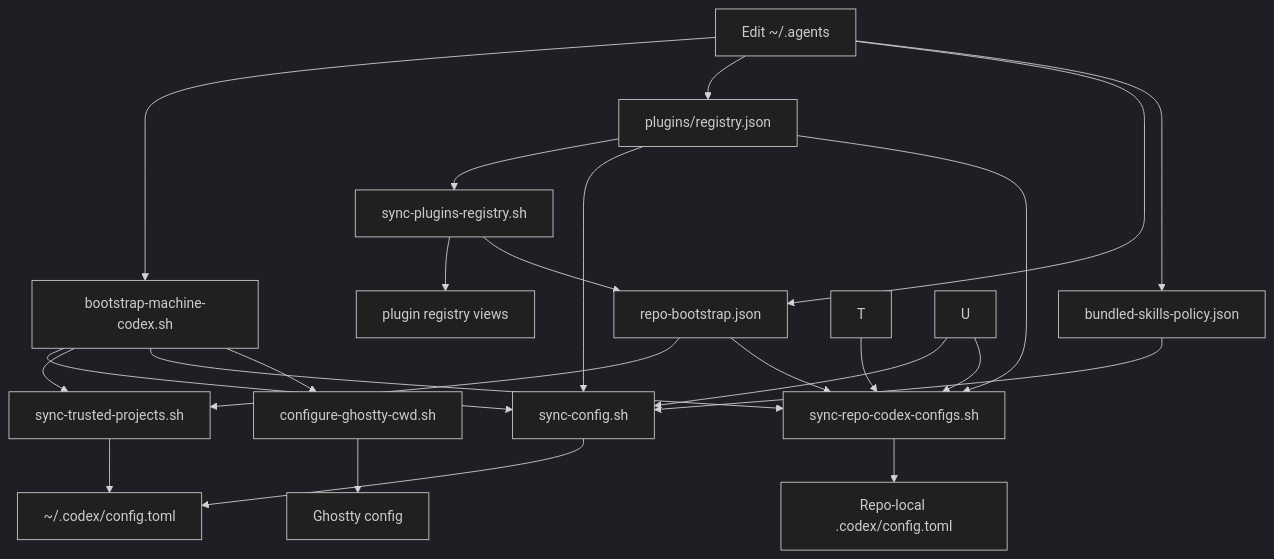
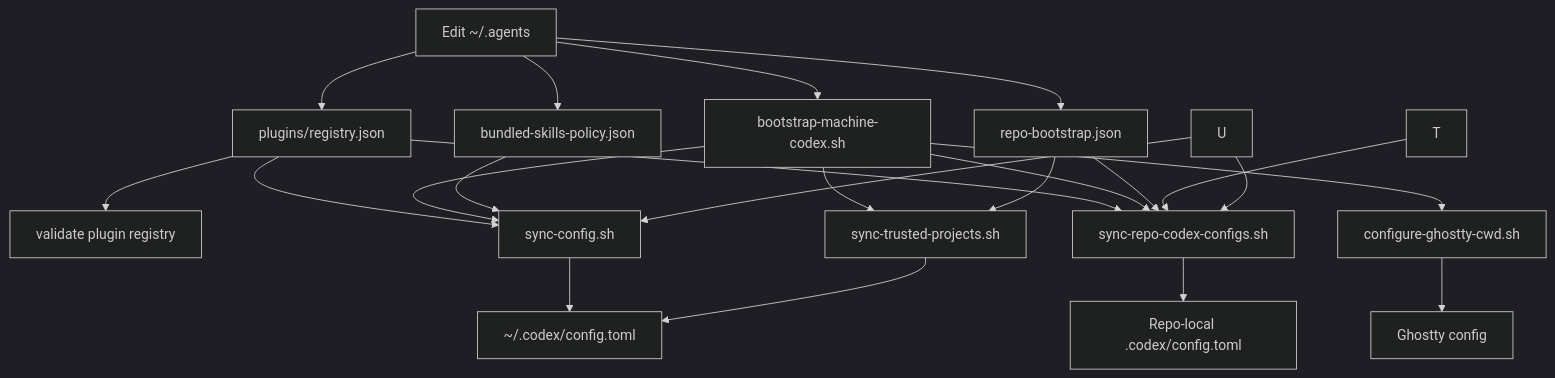
Before and after one commit to wisdom-in-a-nutshell/.agents: the second of 3 diagrams in docs/architecture/codex-control-plane.md, drawn with Mermaid (dark theme). The commit also changed 134 other files, not shown here.

````diff
--- a/docs/architecture/codex-control-plane.md
+++ b/docs/architecture/codex-control-plane.md
@@ -40,26 +40,24 @@
 ```mermaid
 flowchart TD
     A[Edit ~/.agents] --> B[bootstrap-machine-codex.sh]
     A --> P[plugins/registry.json]
     A --> R[repo-bootstrap.json]
-    P --> Q[sync-plugins-registry.sh]
+    P --> Q[validate plugin registry]
     P --> C
     P --> E
     A --> V[bundled-skills-policy.json]
     B --> C[sync-config.sh]
     B --> D[sync-trusted-projects.sh]
     B --> E[sync-repo-codex-configs.sh]
     B --> F[configure-ghostty-cwd.sh]
-    Q --> K[plugin registry views]
-    Q --> R
     C --> G[~/.codex/config.toml]
     V --> C
     R --> D
     R --> E
     T --> E
     U --> C
     U --> E
     D --> G
     E --> I[Repo-local .codex/config.toml]
     F --> J[Ghostty config]
 ```
````
